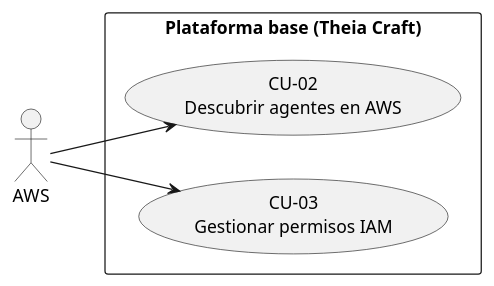
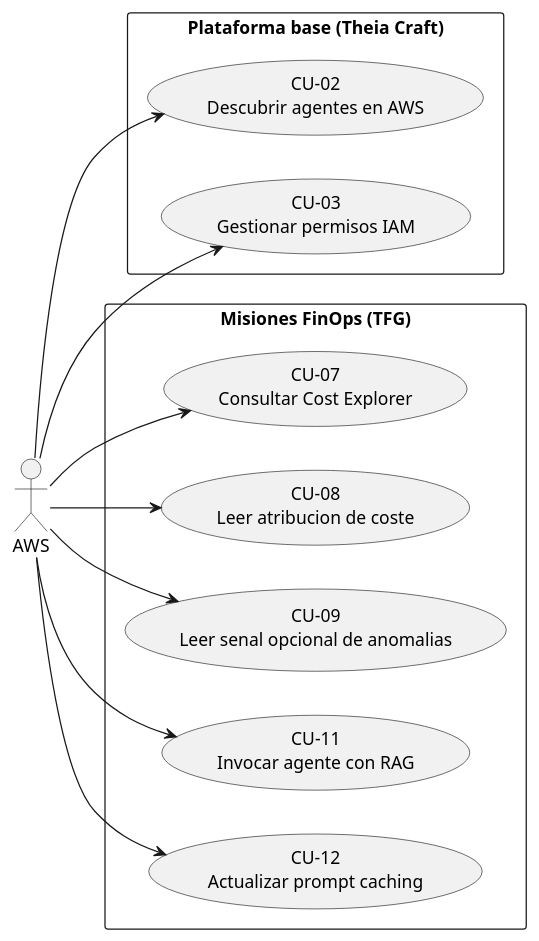
The diagram in Capítulos/Capítulo 2/CdU/AWS/AWS.puml (JoseSalceda/TFG), drawn with PlantUML before and after one commit. The commit also changed 103 other files, not shown here.

```diff
--- a/Capítulos/Capítulo 2/CdU/AWS/AWS.puml
+++ b/Capítulos/Capítulo 2/CdU/AWS/AWS.puml
@@ -1,15 +1,28 @@
 @startuml AWS
 left to right direction
 skinparam packageStyle rectangle
 
 actor "AWS" as AWS
 
 rectangle "Plataforma base (Theia Craft)" {
   usecase "CU-02\nDescubrir agentes en AWS" as CU02
   usecase "CU-03\nGestionar permisos IAM" as CU03
 }
 
+rectangle "Misiones FinOps (TFG)" {
+  usecase "CU-07\nConsultar Cost Explorer" as CU07
+  usecase "CU-08\nLeer atribucion de coste" as CU08
+  usecase "CU-09\nLeer senal opcional de anomalias" as CU09
+  usecase "CU-11\nInvocar agente con RAG" as CU11
+  usecase "CU-12\nActualizar prompt caching" as CU12
+}
+
 AWS --> CU02
 AWS --> CU03
+AWS --> CU07
+AWS --> CU08
+AWS --> CU09
+AWS --> CU11
+AWS --> CU12
 
 @enduml
```
